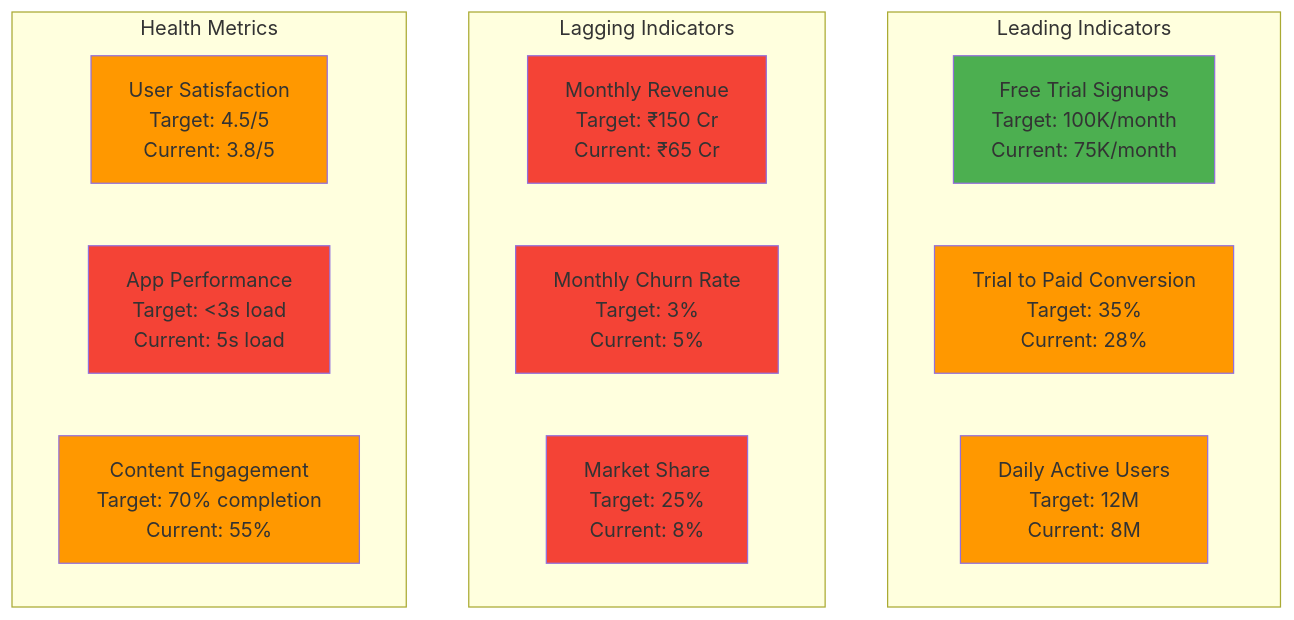
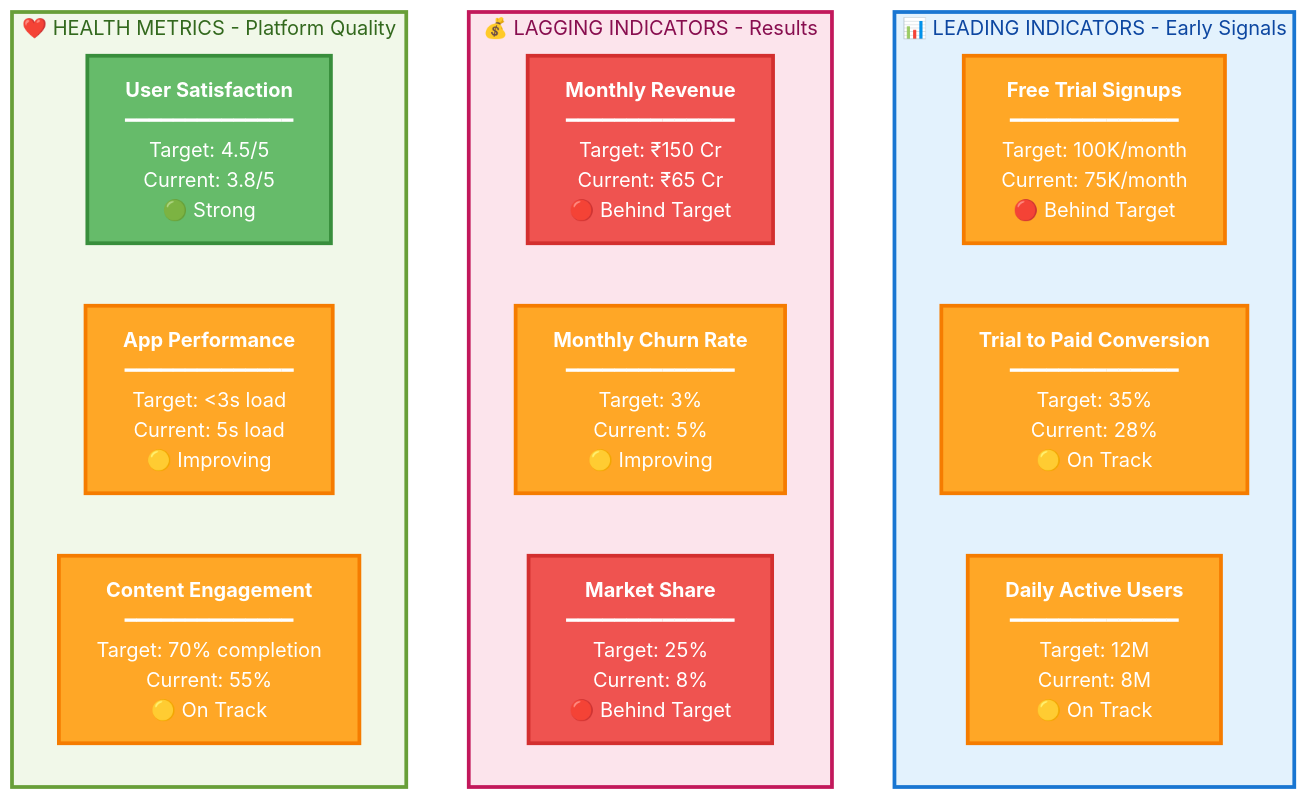
Before and after one commit to VIKAS9793/netflix-india-pm-case-study: the fourth of 5 diagrams in assets/diagrams/okr-framework-structure.md, drawn with Mermaid. The commit also changed other lines of this file, not shown here.

````diff
--- a/assets/diagrams/okr-framework-structure.md
+++ b/assets/diagrams/okr-framework-structure.md
@@ -88,30 +418,42 @@
 ```mermaid
 graph TB
-    subgraph "Leading Indicators"
-        Trials["Free Trial Signups<br/>Target: 100K/month<br/>Current: 75K/month"]
-        Conversions["Trial to Paid Conversion<br/>Target: 35%<br/>Current: 28%"]
-        Engagement["Daily Active Users<br/>Target: 12M<br/>Current: 8M"]
+    subgraph Leading["📊 LEADING INDICATORS - Early Signals"]
+        L1["<b>Free Trial Signups</b><br/>━━━━━━━━━━━━━━<br/>Target: 100K/month<br/>Current: 75K/month<br/>🔴 Behind Target"]
+        
+        L2["<b>Trial to Paid Conversion</b><br/>━━━━━━━━━━━━━━<br/>Target: 35%<br/>Current: 28%<br/>🟡 On Track"]
+        
+        L3["<b>Daily Active Users</b><br/>━━━━━━━━━━━━━━<br/>Target: 12M<br/>Current: 8M<br/>🟡 On Track"]
     end
     
-    subgraph "Lagging Indicators"
-        Revenue["Monthly Revenue<br/>Target: ₹150 Cr<br/>Current: ₹65 Cr"]
-        Churn["Monthly Churn Rate<br/>Target: 3%<br/>Current: 5%"]
-        MarketShare["Market Share<br/>Target: 25%<br/>Current: 8%"]
+    subgraph Lagging["💰 LAGGING INDICATORS - Results"]
+        G1["<b>Monthly Revenue</b><br/>━━━━━━━━━━━━━━<br/>Target: ₹150 Cr<br/>Current: ₹65 Cr<br/>🔴 Behind Target"]
+        
+        G2["<b>Monthly Churn Rate</b><br/>━━━━━━━━━━━━━━<br/>Target: 3%<br/>Current: 5%<br/>🟡 Improving"]
+        
+        G3["<b>Market Share</b><br/>━━━━━━━━━━━━━━<br/>Target: 25%<br/>Current: 8%<br/>🔴 Behind Target"]
     end
     
-    subgraph "Health Metrics"
-        Satisfaction["User Satisfaction<br/>Target: 4.5/5<br/>Current: 3.8/5"]
-        Performance["App Performance<br/>Target: <3s load<br/>Current: 5s load"]
-        Content["Content Engagement<br/>Target: 70% completion<br/>Current: 55%"]
+    subgraph Health["❤️ HEALTH METRICS - Platform Quality"]
+        H1["<b>User Satisfaction</b><br/>━━━━━━━━━━━━━━<br/>Target: 4.5/5<br/>Current: 3.8/5<br/>🟢 Strong"]
+        
+        H2["<b>App Performance</b><br/>━━━━━━━━━━━━━━<br/>Target: <3s load<br/>Current: 5s load<br/>🟡 Improving"]
+        
+        H3["<b>Content Engagement</b><br/>━━━━━━━━━━━━━━<br/>Target: 70% completion<br/>Current: 55%<br/>🟡 On Track"]
     end
     
-    style Trials fill:#4caf50
-    style Conversions fill:#ff9800
-    style Engagement fill:#ff9800
-    style Revenue fill:#f44336
-    style Churn fill:#f44336
-    style MarketShare fill:#f44336
-    style Satisfaction fill:#ff9800
-    style Performance fill:#f44336
-    style Content fill:#ff9800
+    style L1 fill:#FFA726,stroke:#F57C00,stroke-width:3px,color:#FFFFFF
+    style L2 fill:#FFA726,stroke:#F57C00,stroke-width:3px,color:#FFFFFF
+    style L3 fill:#FFA726,stroke:#F57C00,stroke-width:3px,color:#FFFFFF
+    
+    style G1 fill:#EF5350,stroke:#D32F2F,stroke-width:3px,color:#FFFFFF
+    style G2 fill:#FFA726,stroke:#F57C00,stroke-width:3px,color:#FFFFFF
+    style G3 fill:#EF5350,stroke:#D32F2F,stroke-width:3px,color:#FFFFFF
+    
+    style H1 fill:#66BB6A,stroke:#388E3C,stroke-width:3px,color:#FFFFFF
+    style H2 fill:#FFA726,stroke:#F57C00,stroke-width:3px,color:#FFFFFF
+    style H3 fill:#FFA726,stroke:#F57C00,stroke-width:3px,color:#FFFFFF
+    
+    style Leading fill:#E3F2FD,stroke:#1976D2,stroke-width:3px,color:#0D47A1
+    style Lagging fill:#FCE4EC,stroke:#C2185B,stroke-width:3px,color:#880E4F
+    style Health fill:#F1F8E9,stroke:#689F38,stroke-width:3px,color:#33691E
 ```
````
